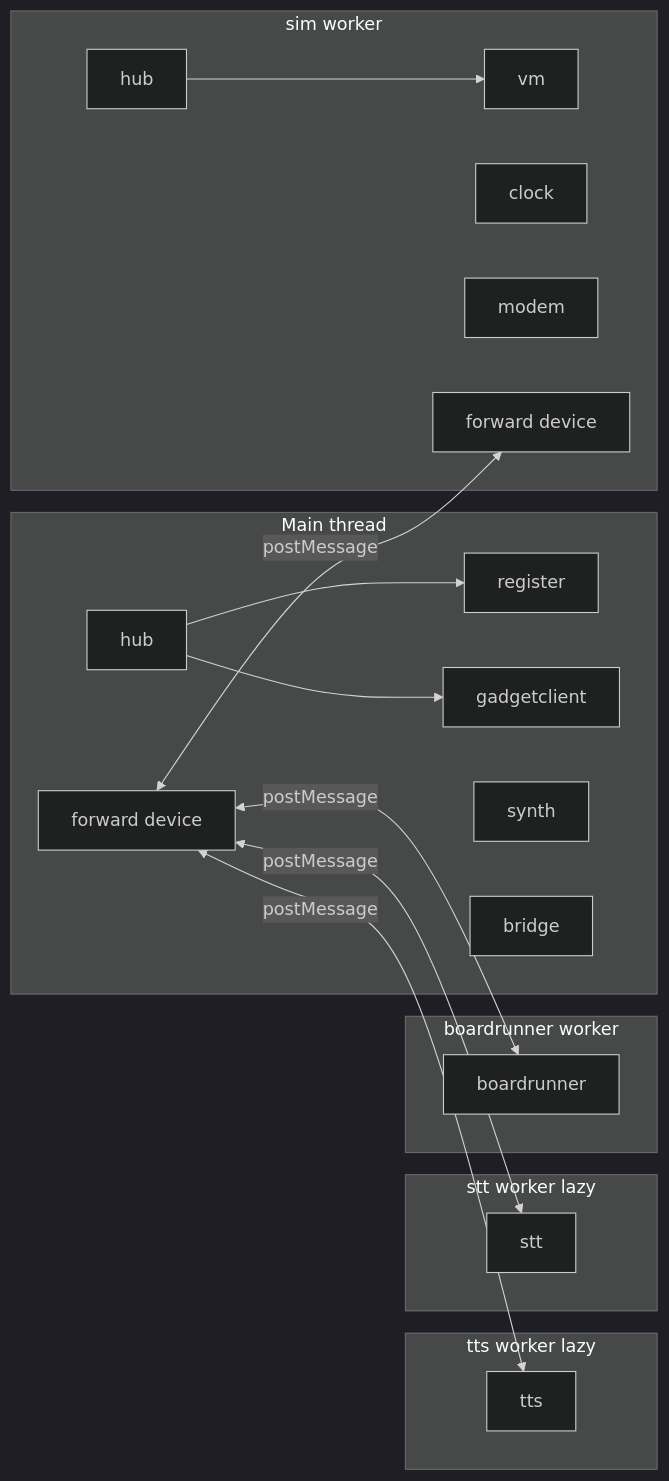
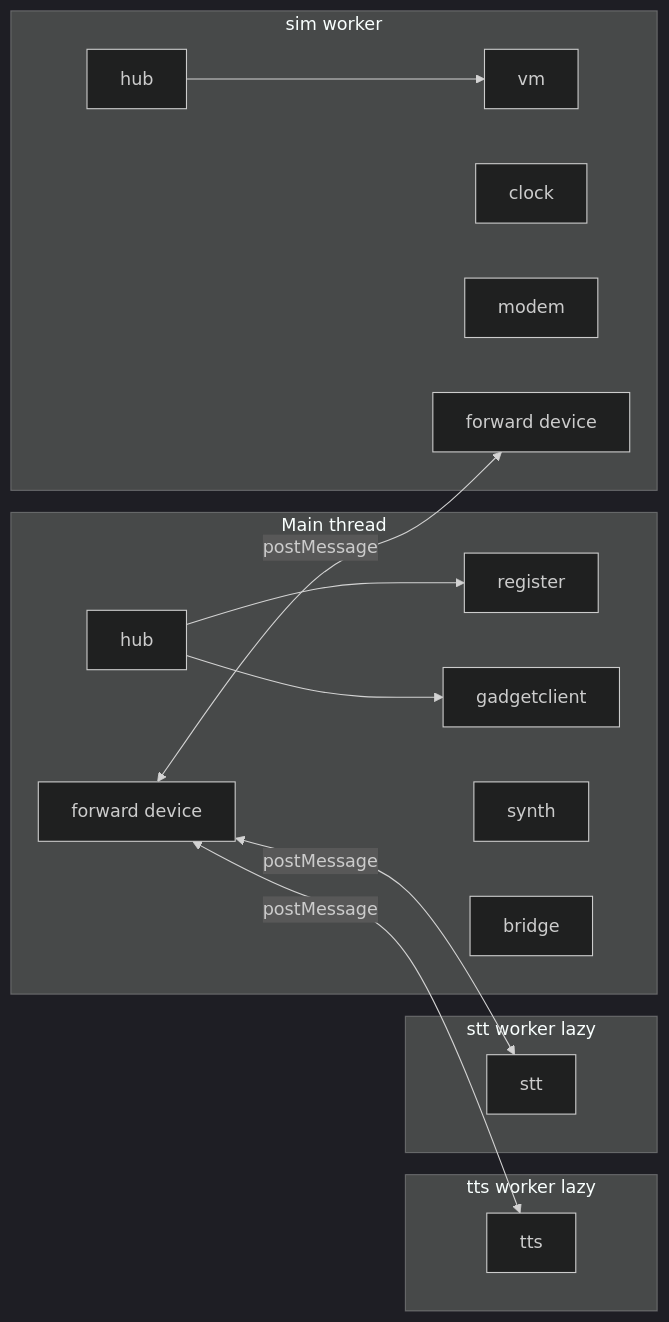
One commit to goldbuick/zed-software-system changed the diagram in zss/ARCHITECTURE.md. Above: the diagram before and after it, drawn with Mermaid (dark theme). The commit also changed other lines of this file and 340 other files, not shown here.

````diff
--- a/zss/ARCHITECTURE.md
+++ b/zss/ARCHITECTURE.md
@@ -75,34 +71,30 @@
 ```mermaid
 flowchart LR
   subgraph main [Main thread]
     Register[register]
     GadgetClient[gadgetclient]
     Synth[synth]
     Bridge[bridge]
     HubMain[hub]
     ForwardMain[forward device]
   end
   subgraph sim [sim worker]
     VM[vm]
     Clock[clock]
     Modem[modem]
     HubSim[hub]
     ForwardSim[forward device]
   end
   subgraph tts [tts worker lazy]
     TTSDev[tts]
   end
   subgraph stt [stt worker lazy]
     STTDev[stt]
   end
-  subgraph br [boardrunner worker]
-    BoardRunner[boardrunner]
-  end
   ForwardMain <-->|postMessage| ForwardSim
   ForwardMain <-->|postMessage| TTSDev
   ForwardMain <-->|postMessage| STTDev
-  ForwardMain <-->|postMessage| BoardRunner
   HubMain --> Register
   HubMain --> GadgetClient
   HubSim --> VM
 ```
````
